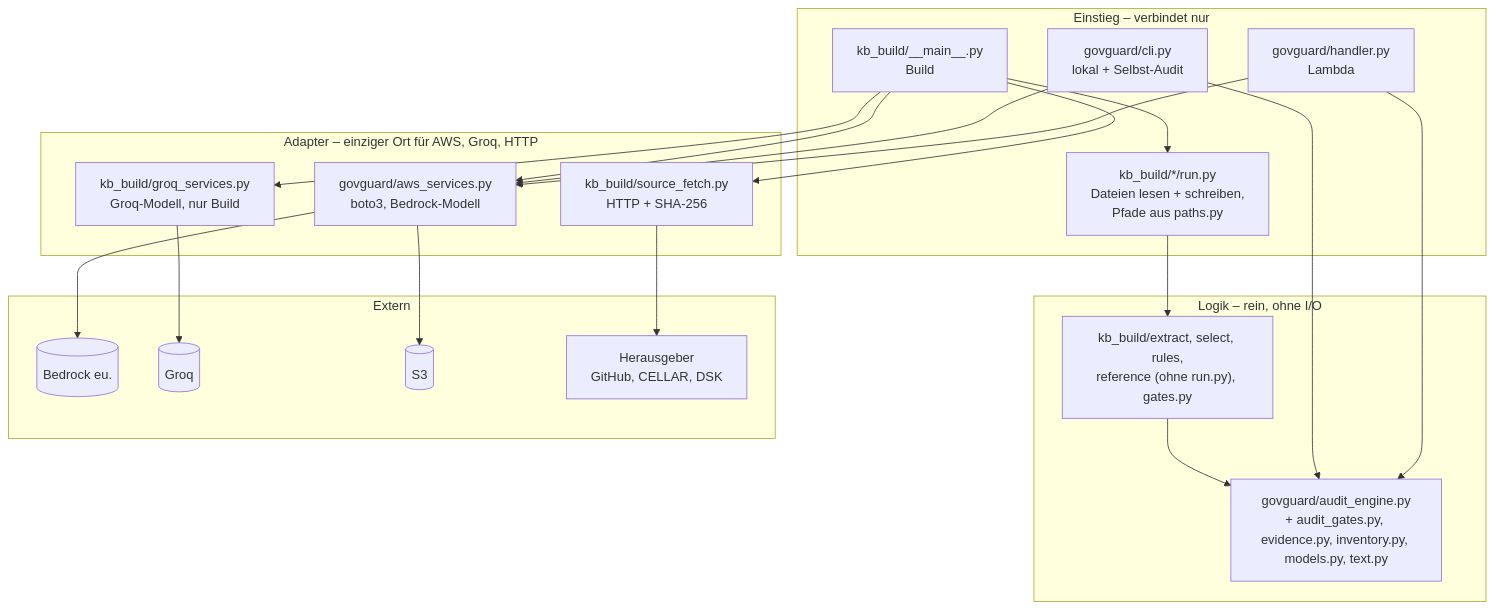
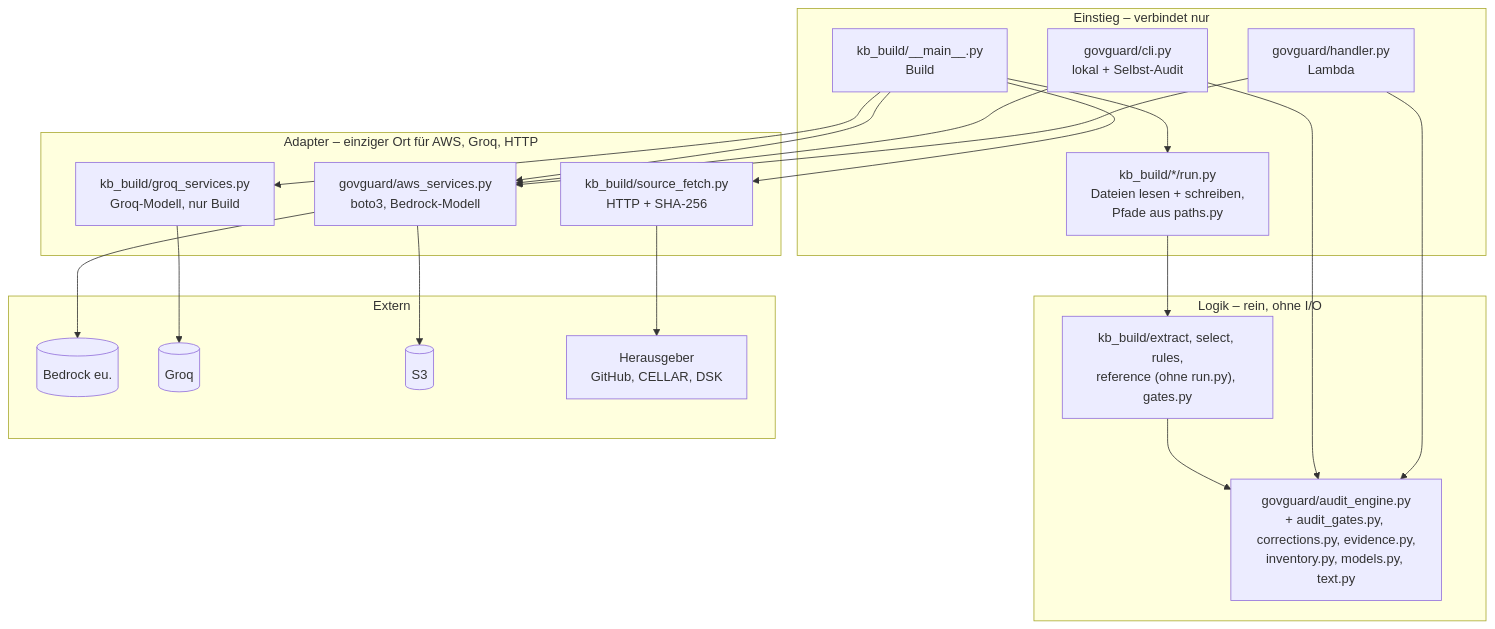
The fourth of 4 diagrams in docs/ARCHITECTURE.md (Daniel74/GovGuard), drawn with Mermaid before and after one commit. The commit also changed 11 other files, not shown here.

````diff
--- a/docs/ARCHITECTURE.md
+++ b/docs/ARCHITECTURE.md
@@ -232,32 +232,32 @@
 ```mermaid
 flowchart TB
   subgraph E["Einstieg – verbindet nur"]
     H["govguard/handler.py<br/>Lambda"]
     C["govguard/cli.py<br/>lokal + Selbst-Audit"]
     M["kb_build/__main__.py<br/>Build"]
     R["kb_build/*/run.py<br/>Dateien lesen + schreiben,<br/>Pfade aus paths.py"]
   end
   subgraph L["Logik – rein, ohne I/O"]
-    AE["govguard/audit_engine.py<br/>+ audit_gates.py, evidence.py, inventory.py, models.py, text.py"]
+    AE["govguard/audit_engine.py<br/>+ audit_gates.py, corrections.py, evidence.py,<br/>inventory.py, models.py, text.py"]
     KB["kb_build/extract, select, rules,<br/>reference (ohne run.py), gates.py"]
   end
   subgraph A["Adapter – einziger Ort für AWS, Groq, HTTP"]
     AWS["govguard/aws_services.py<br/>boto3, Bedrock-Modell"]
     GQ["kb_build/groq_services.py<br/>Groq-Modell, nur Build"]
     FE["kb_build/source_fetch.py<br/>HTTP + SHA-256"]
   end
   subgraph X["Extern"]
     B[("Bedrock eu.")]
     G[("Groq")]
     S3[("S3")]
     HG["Herausgeber<br/>GitHub, CELLAR, DSK"]
   end
   H & C --> AE
   H & C --> AWS
   M --> R --> KB
   M --> AWS & GQ & FE
   KB --> AE
   AWS --> B & S3
   GQ --> G
   FE --> HG
 ```
````
